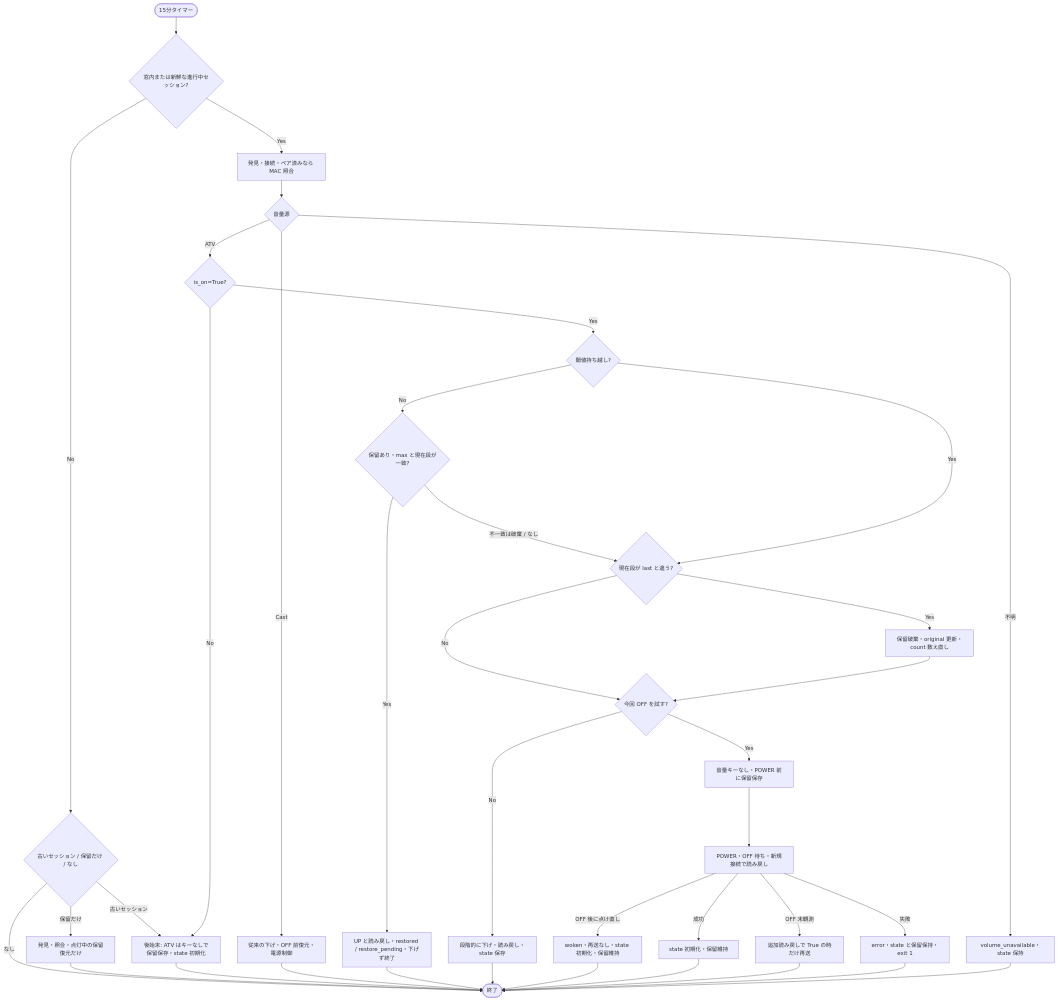
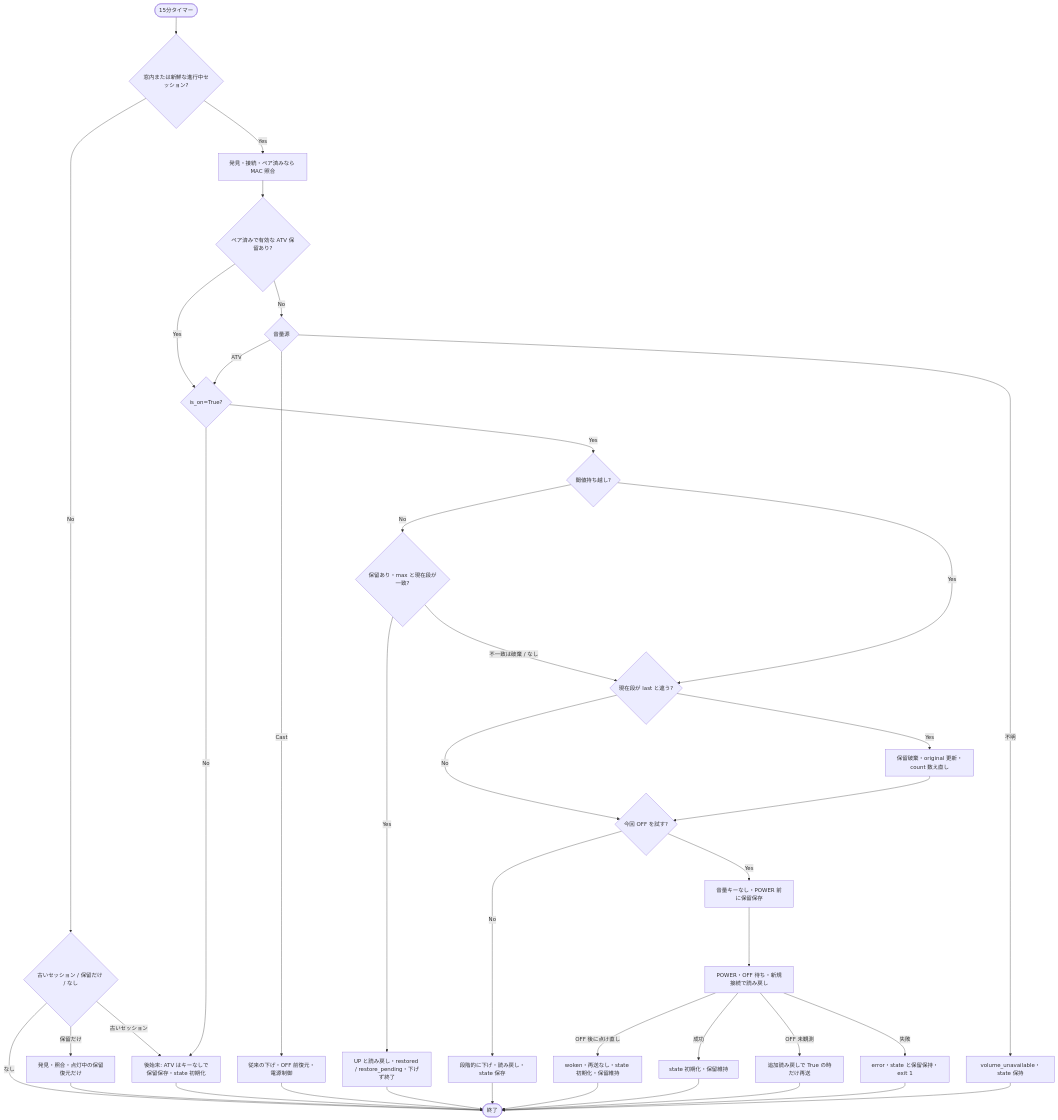
One commit to noricha-vr/nemucast changed the diagram in README.md. Above: the diagram before and after it, drawn with Mermaid. The commit also changed other lines of this file and 4 other files, not shown here.

````diff
--- a/README.md
+++ b/README.md
@@ -153,39 +153,41 @@
 ```mermaid
 flowchart TD
     Start([15分タイマー]) --> Window{窓内または新鮮な進行中セッション?}
     Window -->|Yes| Discover[発見・接続・ペア済みなら MAC 照合]
     Window -->|No| Outside{古いセッション / 保留だけ / なし}
     Outside -->|古いセッション| Cleanup[後始末: ATV はキーなしで保留保存・state 初期化]
     Outside -->|保留だけ| PendingOnly[発見・照合・点灯中の保留復元だけ]
     Outside -->|なし| End([終了])
-    Discover --> Source{音量源}
+    Discover --> HasPending{ペア済みで有効な ATV 保留あり?}
+    HasPending -->|Yes| On
+    HasPending -->|No| Source{音量源}
     Source -->|Cast| Cast[従来の下げ・OFF 前復元・電源制御]
     Source -->|ATV| On{is_on=True?}
     Source -->|不明| Unavailable[volume_unavailable・state 保持]
     On -->|No| Cleanup
     On -->|Yes| Retry{閾値持ち越し?}
     Retry -->|No| Pending{保留あり・max と現在段が一致?}
     Pending -->|Yes| Restore[UP と読み戻し・restored / restore_pending・下げず終了]
     Pending -->|不一致は破棄 / なし| Manual
     Retry -->|Yes| Manual{現在段が last と違う?}
     Manual -->|Yes| Reset[保留破棄・original 更新・count 数え直し]
     Manual -->|No| Threshold
     Reset --> Threshold{今回 OFF を試す?}
     Threshold -->|No| Lower[段階的に下げ・読み戻し・state 保存]
     Threshold -->|Yes| SavePending[音量キーなし・POWER 前に保留保存]
     SavePending --> Off[POWER・OFF 待ち・新規接続で読み戻し]
     Off -->|OFF 後に点け直し| Woken[woken・再送なし・state 初期化・保留維持]
     Off -->|OFF 未観測| Recheck[追加読み戻しで True の時だけ再送]
     Off -->|成功| Clear[state 初期化・保留維持]
     Off -->|失敗| Fail[error・state と保留保持・exit 1]
     PendingOnly --> End
     Cleanup --> End
     Cast --> End
     Restore --> End
     Lower --> End
     Woken --> End
     Clear --> End
     Recheck --> End
     Fail --> End
     Unavailable --> End
 ```
````
